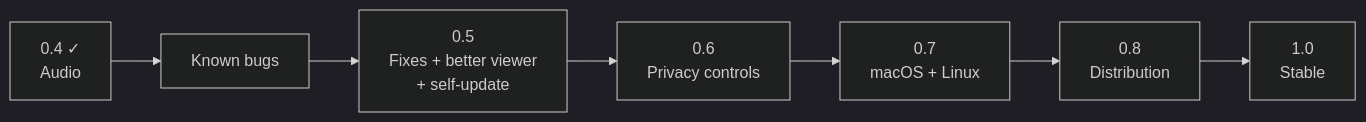
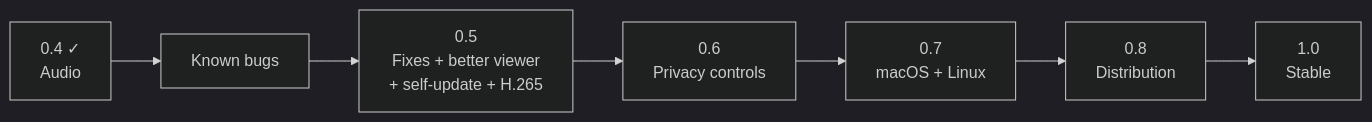
The diagram in docs/roadmap.md (gventino/peeroxide), drawn with Mermaid (dark theme) before and after one commit. The commit also changed other lines of this file and 7 other files, not shown here.

First line of the commit message:
Docs: H.265 and 60 fps (README, requirements, use cases, roadmap, quickstart)

````diff
--- a/docs/roadmap.md
+++ b/docs/roadmap.md
@@ -5,9 +5,9 @@
 ```mermaid
 flowchart LR
     V04["0.4 ✓<br/>Audio"] --> B["Known bugs"]
-    B --> V05["0.5<br/>Fixes + better viewer<br/>+ self-update"]
+    B --> V05["0.5<br/>Fixes + better viewer<br/>+ self-update + H.265"]
     V05 --> V06["0.6<br/>Privacy controls"]
     V06 --> V07["0.7<br/>macOS + Linux"]
     V07 --> V08["0.8<br/>Distribution"]
     V08 --> V10["1.0<br/>Stable"]
 ```
````
